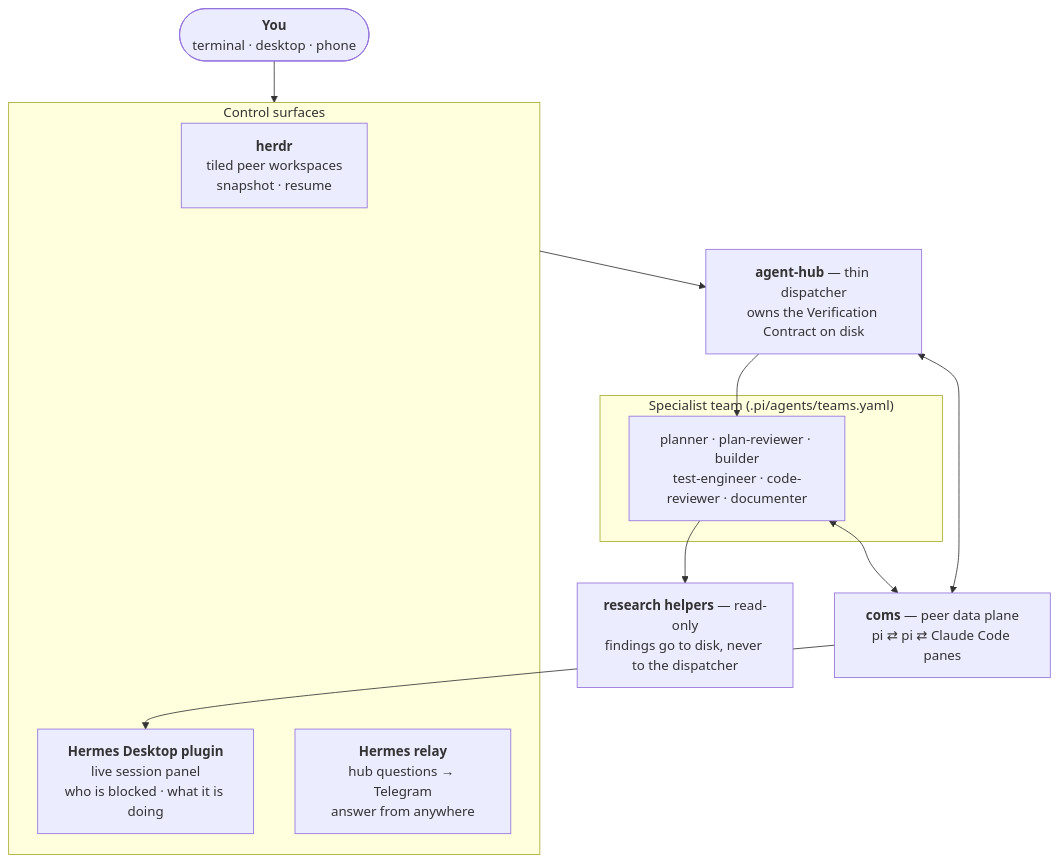
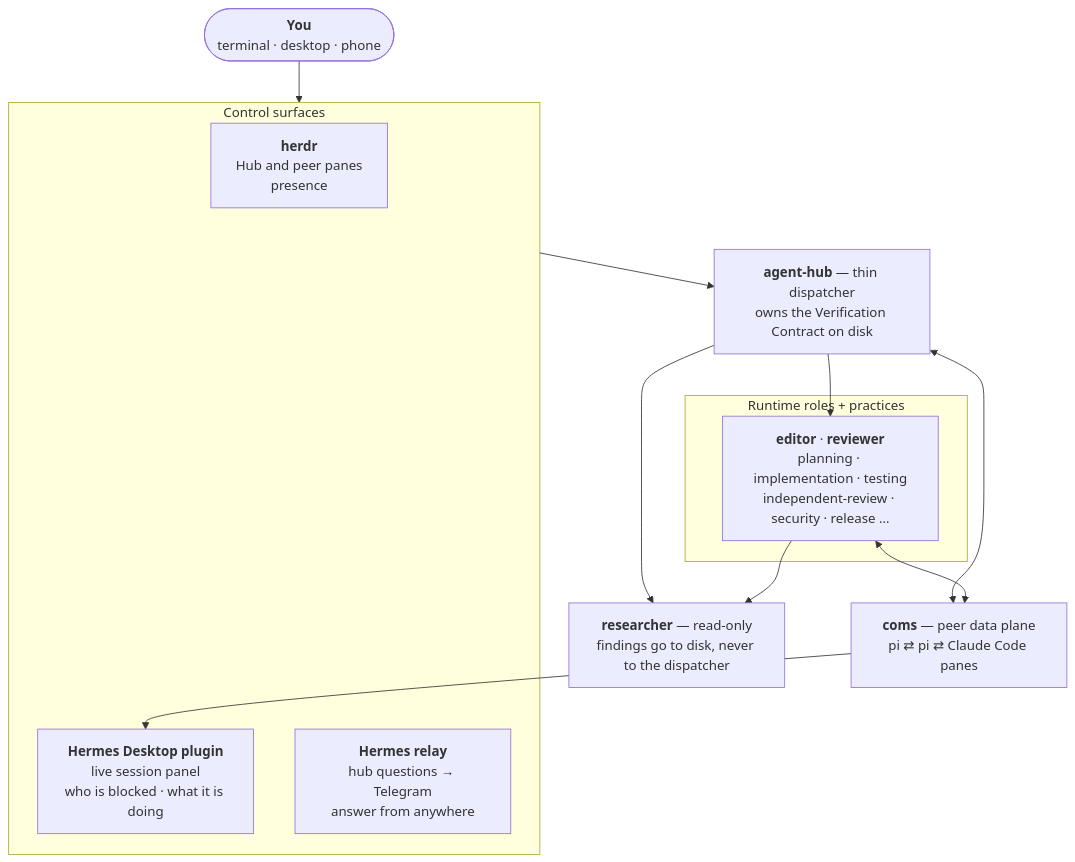
The first of 2 diagrams in README.md (chankov/agent-fleet), drawn with Mermaid before and after one commit. The commit also changed other lines of this file and 109 other files, not shown here.

First line of the commit message:
Ship three role definitions and describe roles and practices everywhere

````diff
--- a/README.md
+++ b/README.md
@@ -34,27 +34,28 @@
 ```mermaid
 flowchart TD
     You(["<b>You</b><br/>terminal · desktop · phone"])
 
     subgraph Control["Control surfaces"]
-        Herdr["<b>herdr</b><br/>tiled peer workspaces<br/>snapshot · resume"]
+        Herdr["<b>herdr</b><br/>Hub and peer panes<br/>presence"]
         Desktop["<b>Hermes Desktop plugin</b><br/>live session panel<br/>who is blocked · what it is doing"]
         Phone["<b>Hermes relay</b><br/>hub questions → Telegram<br/>answer from anywhere"]
     end
 
     Hub["<b>agent-hub</b> — thin dispatcher<br/>owns the Verification Contract on disk"]
 
-    subgraph Team["Specialist team (.pi/agents/teams.yaml)"]
-        Specialists["planner · plan-reviewer · builder<br/>test-engineer · code-reviewer · documenter"]
+    subgraph Roles["Runtime roles + practices"]
+        Specialists["<b>editor</b> · <b>reviewer</b><br/>planning · implementation · testing<br/>independent-review · security · release …"]
     end
 
-    Research["<b>research helpers</b> — read-only<br/>findings go to disk, never to the dispatcher"]
+    Research["<b>researcher</b> — read-only<br/>findings go to disk, never to the dispatcher"]
     Coms["<b>coms</b> — peer data plane<br/>pi ⇄ pi ⇄ Claude Code panes"]
 
     You --> Control
     Control --> Hub
     Hub --> Specialists
+    Hub --> Research
     Specialists --> Research
     Hub <--> Coms
     Specialists <--> Coms
     Coms --> Desktop
 ```
````
